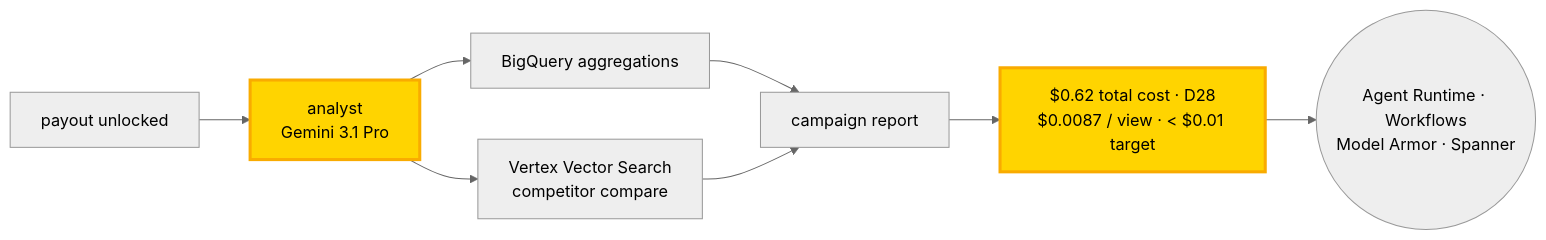
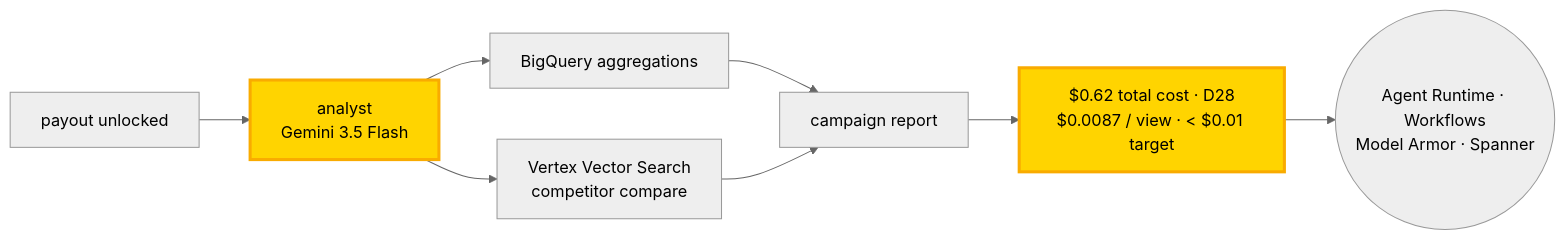
The diagram in scripts/demo/assets/overlays/v2-beat-6.mmd (Two-Weeks-Team/social-seeding-v2-public), drawn with Mermaid (neutral theme) before and after one commit. The commit also changed 64 other files, not shown here.

First line of the commit message:
refactor(models): judgment tier -> gemini-3.5-flash (GA, global endpoint); coordinator on 3.5 (D53)

```diff
--- a/scripts/demo/assets/overlays/v2-beat-6.mmd
+++ b/scripts/demo/assets/overlays/v2-beat-6.mmd
@@ -1,10 +1,10 @@
 %% Beat 6 — Analyst report + cost ledger  (SCRIPT.md §3 Beat 6)
 flowchart LR
-  unlock[payout unlocked] --> analyst[analyst<br/>Gemini 3.1 Pro]:::active
+  unlock[payout unlocked] --> analyst[analyst<br/>Gemini 3.5 Flash]:::active
   analyst --> bq[BigQuery aggregations]
   analyst --> vvs[Vertex Vector Search<br/>competitor compare]
   bq & vvs --> report[campaign report]
   report --> ledger[$0.62 total cost · D28<br/>$0.0087 / view · &lt; $0.01 target]:::active
   ledger --> services((Agent Runtime · Workflows<br/>Model Armor · Spanner))
 
   classDef active fill:#FFD400,stroke:#F9AB00,color:#000,stroke-width:3px;
```
